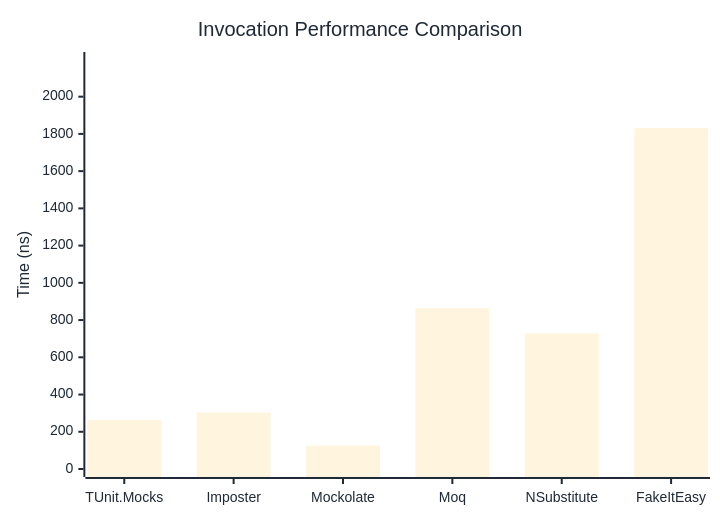
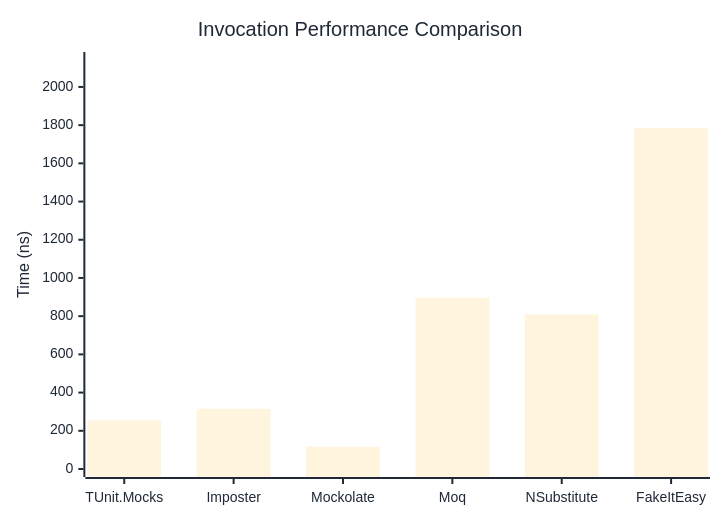
One commit to weiyilai/TUnit changed the first of 3 diagrams in docs/docs/benchmarks/mocks/Invocation.md. Above: the diagram before and after it, drawn with Mermaid. The commit also changed other lines of this file and 14 other files, not shown here.

````diff
--- a/docs/docs/benchmarks/mocks/Invocation.md
+++ b/docs/docs/benchmarks/mocks/Invocation.md
@@ -28,27 +28,27 @@
 ```mermaid
 %%{init: {
   'theme':'base',
   'themeVariables': {
     'primaryColor': '#2563eb',
     'primaryTextColor': '#1f2937',
     'primaryBorderColor': '#1e40af',
     'lineColor': '#6b7280',
     'secondaryColor': '#7c3aed',
     'tertiaryColor': '#dc2626',
     'background': '#ffffff',
     'pie1': '#2563eb',
     'pie2': '#7c3aed',
     'pie3': '#dc2626',
     'pie4': '#f59e0b',
     'pie5': '#10b981',
     'pie6': '#06b6d4',
     'pie7': '#ec4899',
     'pie8': '#6366f1'
   }
 }}%%
 xychart-beta
   title "Invocation Performance Comparison"
   x-axis ["TUnit.Mocks", "Imposter", "Mockolate", "Moq", "NSubstitute", "FakeItEasy"]
-  y-axis "Time (ns)" 0 --> 2197
-  bar [264.1, 303.8, 125.6, 863.7, 728.7, 1830.8]
+  y-axis "Time (ns)" 0 --> 2141
+  bar [254.6, 315.1, 116.6, 896.3, 809.4, 1784]
 ```
````
